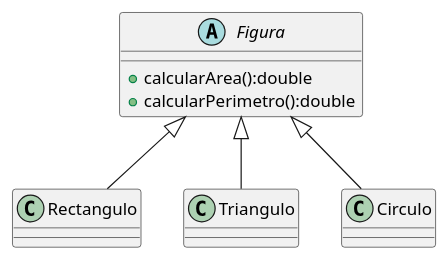
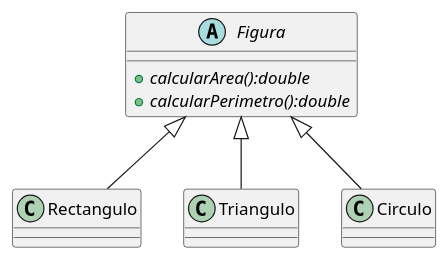
One commit to stgoneira/fundamentos-programacion-java changed the diagram in uml/herencia/abstract-example.puml. Above: the diagram before and after it, drawn with PlantUML.

Commit message:
abstract methods uml

```diff
--- a/uml/herencia/abstract-example.puml
+++ b/uml/herencia/abstract-example.puml
@@ -1,10 +1,10 @@
 @startuml superclase 
 abstract class Figura {
-    +calcularArea():double 
-    +calcularPerimetro():double
+    + {abstract} calcularArea():double 
+    + {abstract} calcularPerimetro():double
 }
 
 class Rectangulo extends Figura {}
 class Triangulo extends Figura {}
 class Circulo extends Figura {}
 @enduml 
```
